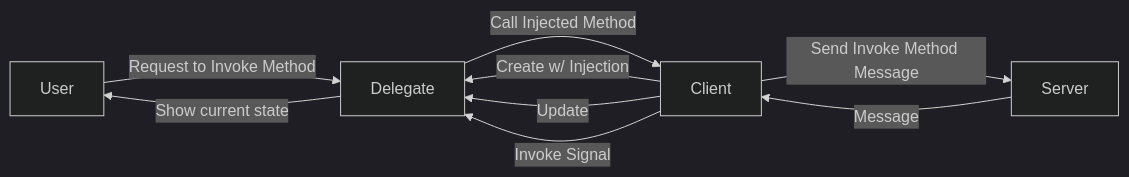
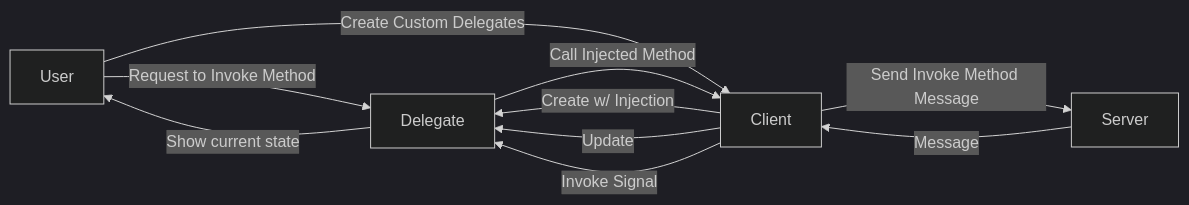
The diagram in README.md (InsightCenterNoodles/Penne), drawn with Mermaid (dark theme) before and after one commit.

````diff
--- a/README.md
+++ b/README.md
@@ -24,11 +24,12 @@
 ```mermaid
 flowchart LR;
     User-- Request to Invoke Method -->Delegate;
+    User-- Create Custom Delegates --> Client;
     Delegate-- Call Injected Method -->Client;
     Client-- Send Invoke Method Message -->Server;
     Server-- Message -->Client;
     Client-- Create w/ Injection -->Delegate;
     Client-- Update -->Delegate;
     Client-- Invoke Signal -->Delegate;
     Delegate-- Show current state -->User;
 ```
````
